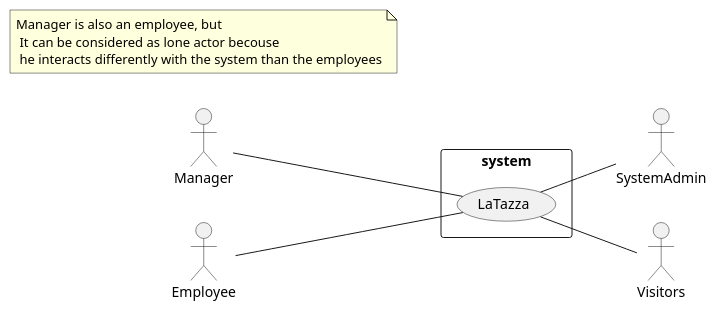
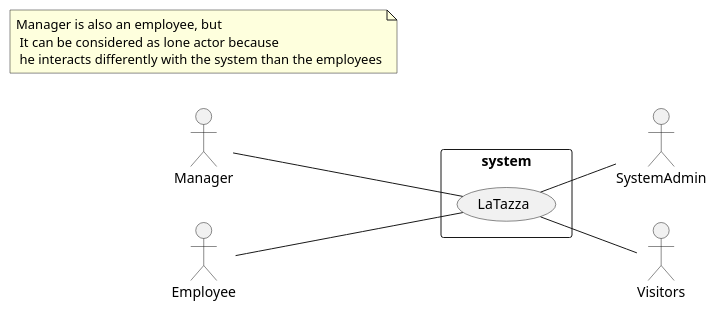
Before and after one commit to salvatore-dimartino/LaTazza: the diagram in project/Context_Diagram_and_Interfaces.md, drawn with PlantUML.

````diff
--- a/project/Context_Diagram_and_Interfaces.md
+++ b/project/Context_Diagram_and_Interfaces.md
@@ -5,25 +5,25 @@
 ```plantuml
 @startuml
 
 left to right direction
 
 skinparam packageStyle rectangle
 
 actor Manager as m
 actor Employee as e
 actor SystemAdmin as sa
 actor Visitors as v
 
 rectangle system {
 	(LaTazza) as l
 }
 
 m -- l
 e -- l
 l -- sa
 l -- v 
 
-note "Manager is also an employee, but \n It can be considered as lone actor becouse\n he interacts differently with the system than the employees" as n
+note "Manager is also an employee, but \n It can be considered as lone actor because\n he interacts differently with the system than the employees" as n
 
 @enduml
 ```
````
